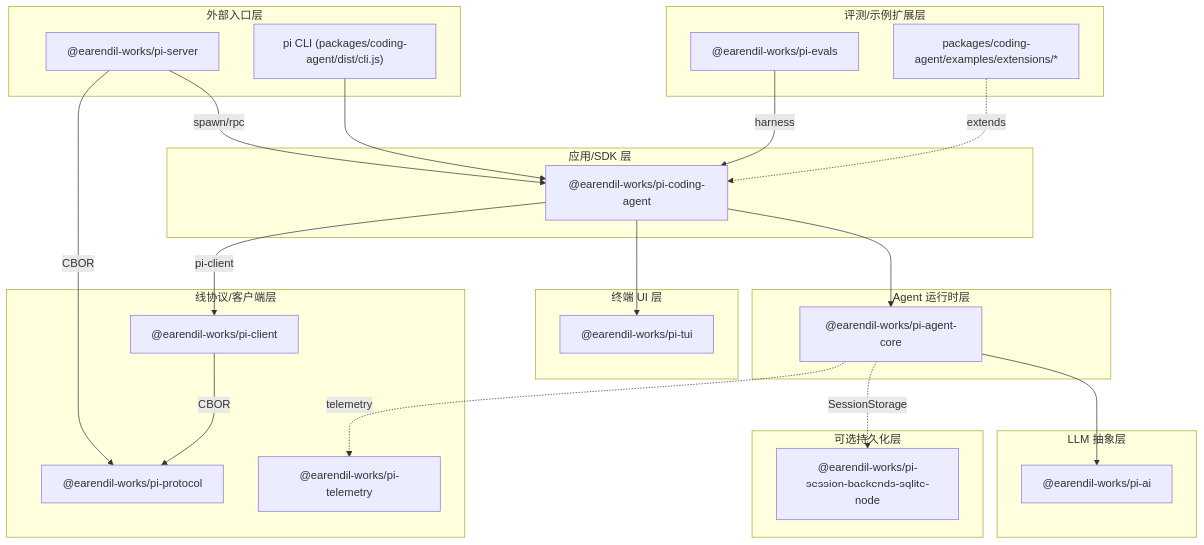
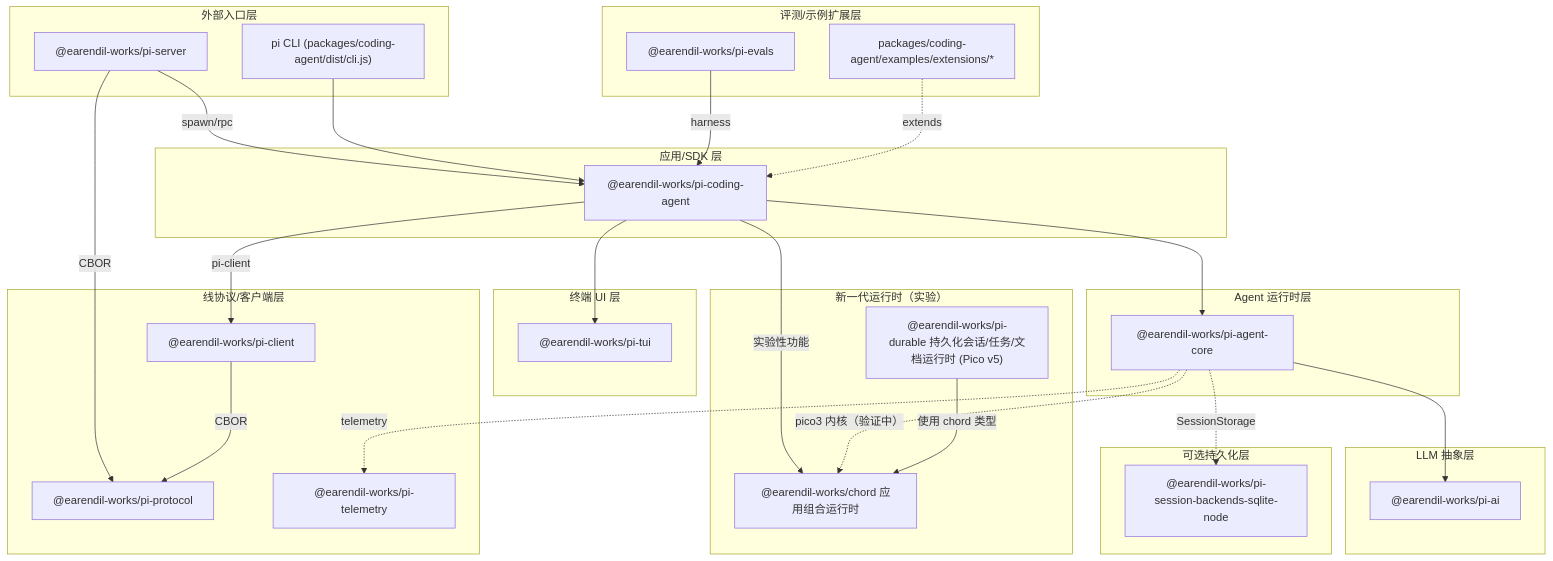
The second of 7 diagrams in docs/architecture.md (jefby/pi), drawn with Mermaid before and after one commit. The commit also changed other lines of this file and 1 other file, not shown here.

First line of the commit message:
docs: align architecture.md and qnx8 doc with upstream 5fd446ca1 (v0.87.1)

````diff
--- a/docs/architecture.md
+++ b/docs/architecture.md
@@ -83,51 +91,59 @@
 ```mermaid
 flowchart TB
     subgraph Layer7["外部入口层"]
         ServerPkg["@earendil-works/pi-server"]
         CodingAgentCli["pi CLI (packages/coding-agent/dist/cli.js)"]
     end
 
     subgraph Layer6["应用/SDK 层"]
         CodingAgent["@earendil-works/pi-coding-agent"]
     end
 
     subgraph Layer5["Agent 运行时层"]
         AgentCore["@earendil-works/pi-agent-core"]
     end
 
     subgraph Layer4["LLM 抽象层"]
         AI["@earendil-works/pi-ai"]
     end
 
     subgraph Layer3["终端 UI 层"]
         TUI["@earendil-works/pi-tui"]
     end
 
     subgraph Layer2["线协议/客户端层"]
         Protocol["@earendil-works/pi-protocol"]
         Client["@earendil-works/pi-client"]
         Telemetry["@earendil-works/pi-telemetry"]
     end
 
     subgraph Layer1["可选持久化层"]
         Storage["@earendil-works/pi-session-backends-sqlite-node"]
     end
 
     subgraph Layer0["评测/示例扩展层"]
         Evals["@earendil-works/pi-evals"]
         Examples["packages/coding-agent/examples/extensions/*"]
     end
 
+    subgraph LayerX["新一代运行时（实验）"]
+        Chord["@earendil-works/chord 应用组合运行时"]
+        Durable["@earendil-works/pi-durable 持久化会话/任务/文档运行时 (Pico v5)"]
+    end
+
     ServerPkg -->|spawn/rpc| CodingAgent
     CodingAgentCli --> CodingAgent
     CodingAgent --> AgentCore
     CodingAgent --> TUI
     AgentCore --> AI
     ServerPkg -->|CBOR| Protocol
     Client -->|CBOR| Protocol
     CodingAgent -->|pi-client| Client
+    CodingAgent -->|实验性功能| Chord
     AgentCore -.->|SessionStorage| Storage
     AgentCore -.->|telemetry| Telemetry
+    AgentCore -.->|pico3 内核（验证中）| Chord
+    Durable -->|使用 chord 类型| Chord
     Evals -->|harness| CodingAgent
     Examples -.->|extends| CodingAgent
 ```
````
